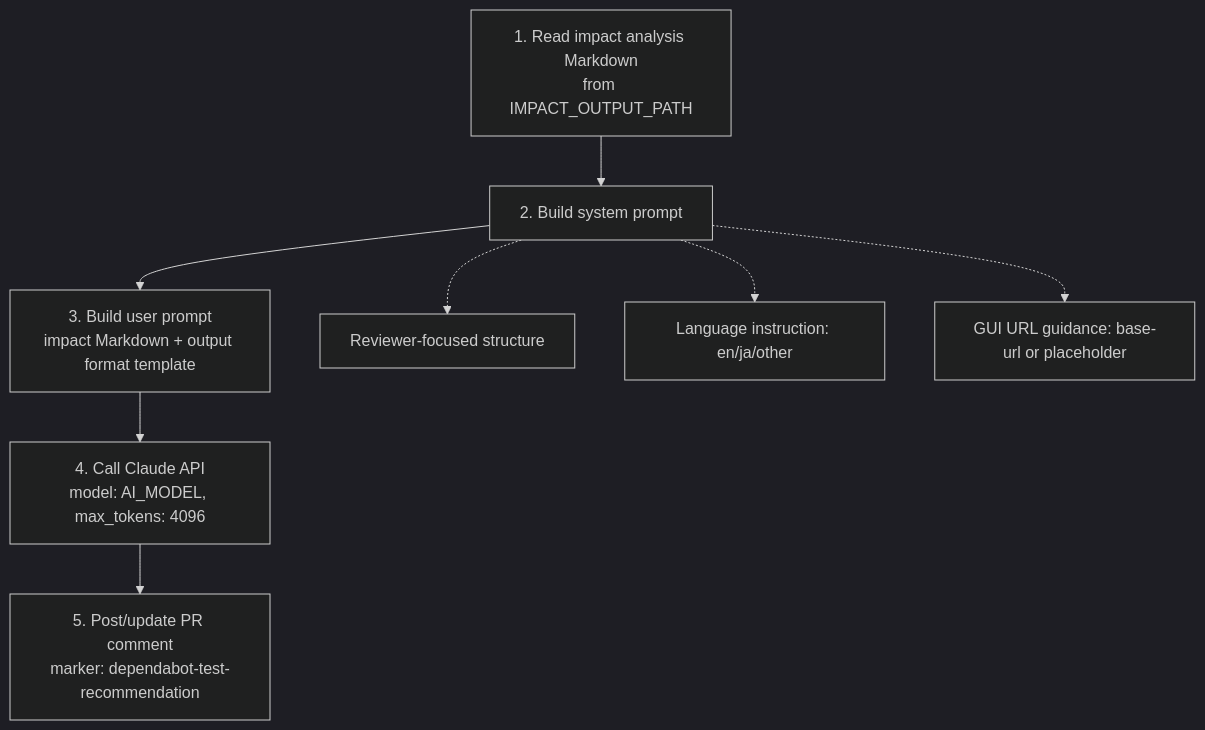
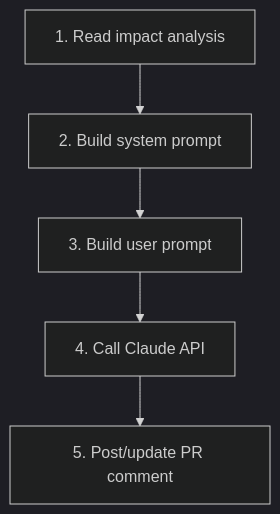
Before and after one commit to nokki-y/dependabot-insight: the third of 4 diagrams in docs/design.md, drawn with Mermaid (dark theme). The commit also changed other lines of this file and 3 other files, not shown here.

First line of the commit message:
Simplify all Mermaid diagrams: short labels + detail tables

````diff
--- a/docs/design.md
+++ b/docs/design.md
@@ -147,11 +156,7 @@
 ```mermaid
 flowchart TD
-    T1[1. Read impact analysis Markdown<br>from IMPACT_OUTPUT_PATH] --> T2[2. Build system prompt]
-    T2 --> T3[3. Build user prompt<br>impact Markdown + output format template]
-    T3 --> T4[4. Call Claude API<br>model: AI_MODEL, max_tokens: 4096]
-    T4 --> T5[5. Post/update PR comment<br>marker: dependabot-test-recommendation]
-
-    T2 -.-> T2A[Reviewer-focused structure]
-    T2 -.-> T2B[Language instruction: en/ja/other]
-    T2 -.-> T2C[GUI URL guidance: base-url or placeholder]
+    T1[1. Read impact analysis] --> T2[2. Build system prompt]
+    T2 --> T3[3. Build user prompt]
+    T3 --> T4[4. Call Claude API]
+    T4 --> T5[5. Post/update PR comment]
 ```
````
